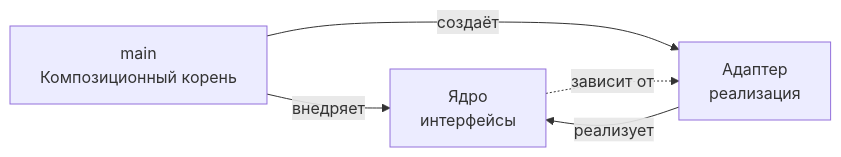
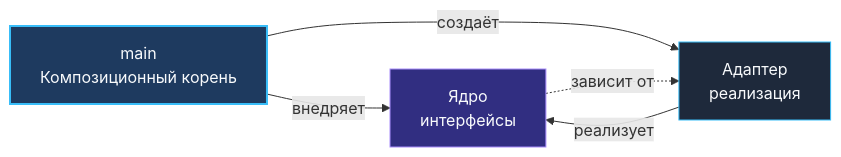
The diagram in sources/11. Архитектура и System Design/17. Dependency Injection в Go на уровне архитектуры.md (UnrealTemplier/go-textbook), drawn with Mermaid before and after one commit. The commit also changed 1666 other files, not shown here.

First line of the commit message:
feat(mermaid): add semantic color classDef to 1369 colorless flowchart/graph diagrams

````diff
--- a/sources/11. Архитектура и System Design/17. Dependency Injection в Go на уровне архитектуры.md
+++ b/sources/11. Архитектура и System Design/17. Dependency Injection в Go на уровне архитектуры.md
@@ -29,11 +29,21 @@
 ```mermaid
 flowchart LR
-    Main["main<br>Композиционный корень"]
-    Core["Ядро<br>интерфейсы"]
-    Adapter["Адаптер<br>реализация"]
+    classDef process  fill:#1e293b,stroke:#38bdf8,stroke-width:1px,color:#f8fafc
+    classDef success  fill:#064e3b,stroke:#34d399,stroke-width:1px,color:#f8fafc
+    classDef error    fill:#7f1d1d,stroke:#f87171,stroke-width:1px,color:#f8fafc
+    classDef warning  fill:#78350f,stroke:#fbbf24,stroke-width:1px,color:#f8fafc
+    classDef entry    fill:#1e3a5f,stroke:#38bdf8,stroke-width:2px,color:#f8fafc
+    classDef aux      fill:#334155,stroke:#64748b,stroke-width:1px,color:#f8fafc
+    classDef system   fill:#312e81,stroke:#a78bfa,stroke-width:1px,color:#f8fafc
+    classDef data     fill:#132d29,stroke:#2dd4bf,stroke-width:1px,color:#f8fafc
+    classDef network  fill:#881337,stroke:#fb7185,stroke-width:1px,color:#f8fafc
+    classDef accent   fill:#1e1b4b,stroke:#818cf8,stroke-width:1px,color:#f8fafc
+    Main["main<br>Композиционный корень"]:::entry
+    Core["Ядро<br>интерфейсы"]:::system
+    Adapter["Адаптер<br>реализация"]:::process
 
     Main -->|"внедряет"| Core
     Main -->|"создаёт"| Adapter
     Core -.->|"зависит от"| Adapter
     Adapter -->|"реализует"| Core
 ```
````
